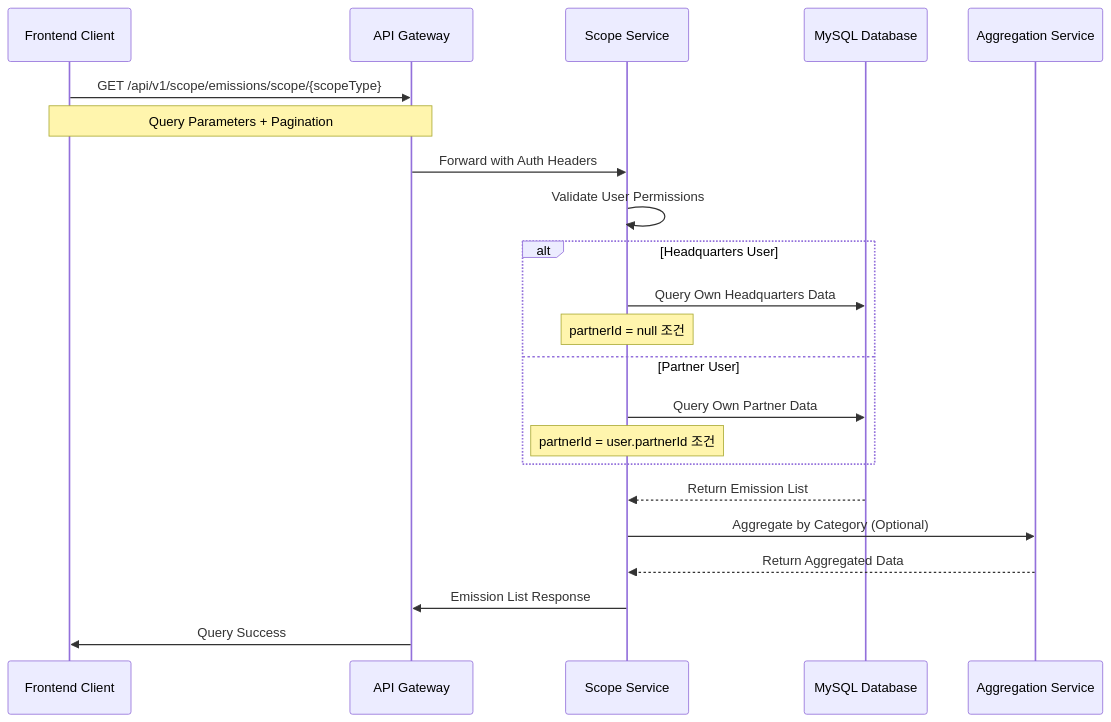
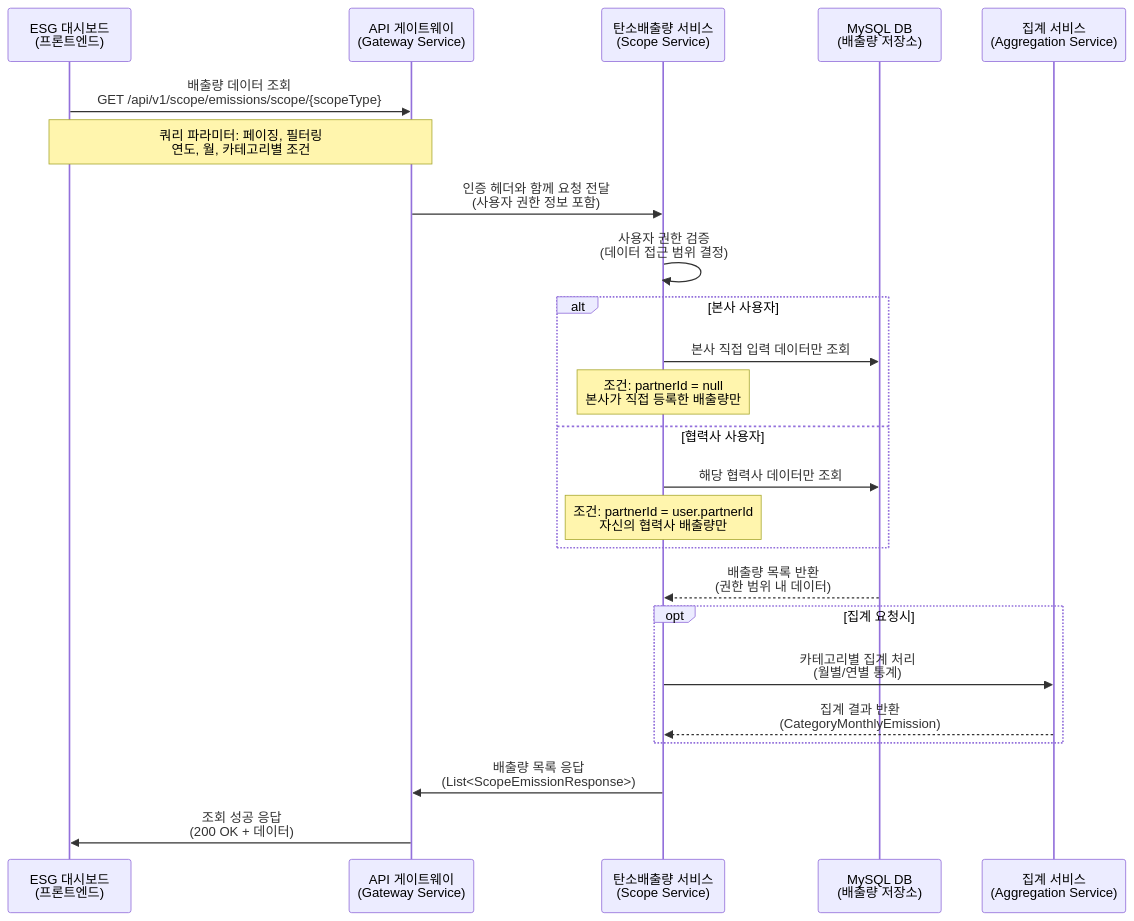
One commit to NSMM-v2/scope-service changed the fifth of 8 diagrams in README.md. Above: the diagram before and after it, drawn with Mermaid. The commit also changed other lines of this file, not shown here.

````diff
--- a/README.md
+++ b/README.md
@@ -169,30 +247,32 @@
 ```mermaid
 sequenceDiagram
-    participant Client as Frontend Client
-    participant GW as API Gateway
-    participant SCOPE as Scope Service
-    participant DB as MySQL Database
-    participant AGG as Aggregation Service
+    participant 클라이언트 as ESG 대시보드<br/>(프론트엔드)
+    participant 게이트웨이 as API 게이트웨이<br/>(Gateway Service)
+    participant 스콥서비스 as 탄소배출량 서비스<br/>(Scope Service)
+    participant 데이터베이스 as MySQL DB<br/>(배출량 저장소)
+    participant 집계서비스 as 집계 서비스<br/>(Aggregation Service)
 
-    Client->>GW: GET /api/v1/scope/emissions/scope/{scopeType}
-    Note over Client,GW: Query Parameters + Pagination
-    GW->>SCOPE: Forward with Auth Headers
+    클라이언트->>게이트웨이: 배출량 데이터 조회<br/>GET /api/v1/scope/emissions/scope/{scopeType}
+    Note over 클라이언트,게이트웨이: 쿼리 파라미터: 페이징, 필터링<br/>연도, 월, 카테고리별 조건
+    게이트웨이->>스콥서비스: 인증 헤더와 함께 요청 전달<br/>(사용자 권한 정보 포함)
     
-    SCOPE->>SCOPE: Validate User Permissions
+    스콥서비스->>스콥서비스: 사용자 권한 검증<br/>(데이터 접근 범위 결정)
     
-    alt Headquarters User
-        SCOPE->>DB: Query Own Headquarters Data
-        Note over SCOPE: partnerId = null 조건
-    else Partner User
-        SCOPE->>DB: Query Own Partner Data
-        Note over SCOPE: partnerId = user.partnerId 조건
+    alt 본사 사용자
+        스콥서비스->>데이터베이스: 본사 직접 입력 데이터만 조회
+        Note over 스콥서비스: 조건: partnerId = null<br/>본사가 직접 등록한 배출량만
+    else 협력사 사용자
+        스콥서비스->>데이터베이스: 해당 협력사 데이터만 조회
+        Note over 스콥서비스: 조건: partnerId = user.partnerId<br/>자신의 협력사 배출량만
     end
     
-    DB-->>SCOPE: Return Emission List
+    데이터베이스-->>스콥서비스: 배출량 목록 반환<br/>(권한 범위 내 데이터)
     
-    SCOPE->>AGG: Aggregate by Category (Optional)
-    AGG-->>SCOPE: Return Aggregated Data
+    opt 집계 요청시
+        스콥서비스->>집계서비스: 카테고리별 집계 처리<br/>(월별/연별 통계)
+        집계서비스-->>스콥서비스: 집계 결과 반환<br/>(CategoryMonthlyEmission)
+    end
     
-    SCOPE->>GW: Emission List Response
-    GW->>Client: Query Success
+    스콥서비스->>게이트웨이: 배출량 목록 응답<br/>(List<ScopeEmissionResponse>)
+    게이트웨이->>클라이언트: 조회 성공 응답<br/>(200 OK + 데이터)
 ```
````
